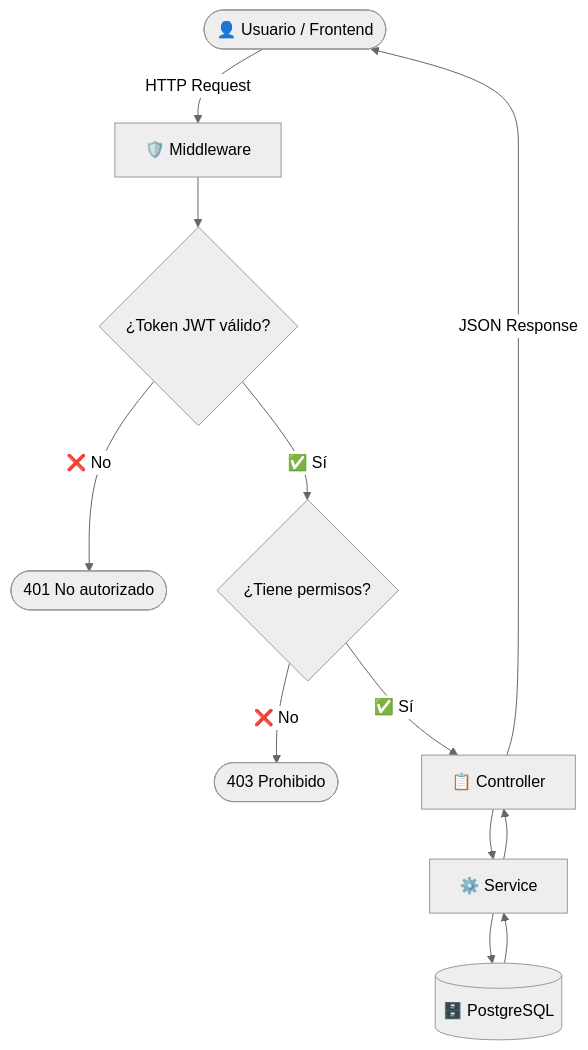
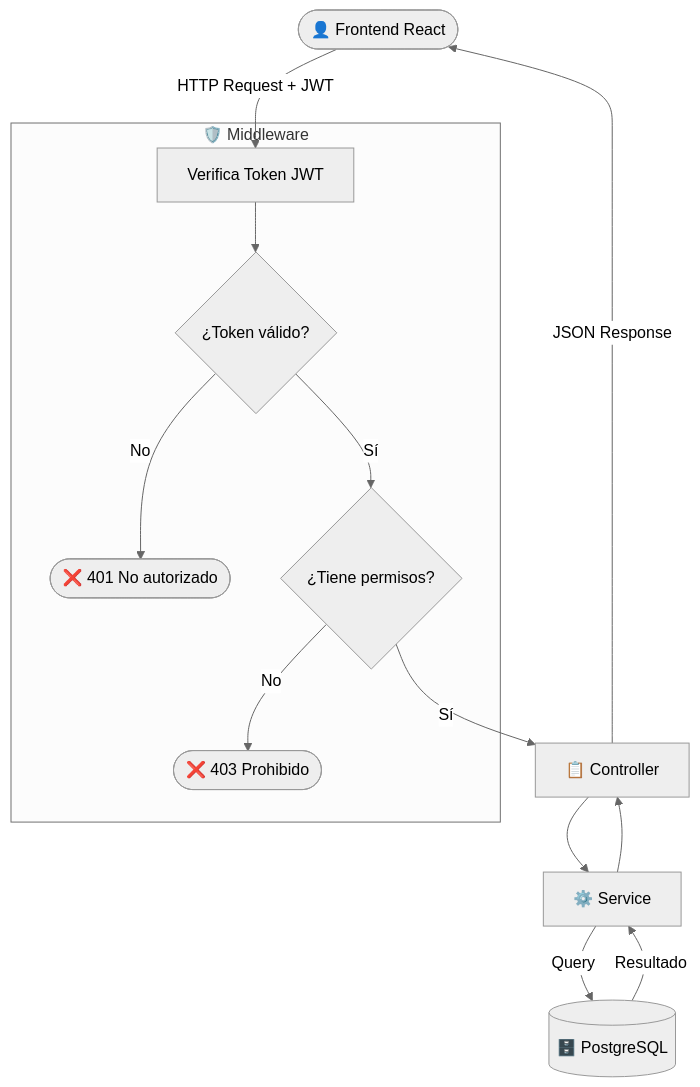
Before and after one commit to Vicentezapata/proviemplea-greudy: the first of 7 diagrams in backend/README.md, drawn with Mermaid (neutral theme). The commit also changed other lines of this file, not shown here.

````diff
--- a/backend/README.md
+++ b/backend/README.md
@@ -208,14 +396,17 @@
 ```mermaid
 flowchart TD
-    A([👤 Usuario / Frontend]) -->|HTTP Request| B[🛡️ Middleware]
-    B --> C{¿Token JWT válido?}
-    C -->|❌ No| D([401 No autorizado])
-    C -->|✅ Sí| E{¿Tiene permisos?}
-    E -->|❌ No| F([403 Prohibido])
-    E -->|✅ Sí| G[📋 Controller]
+    A([👤 Frontend React]) -->|HTTP Request + JWT| B
+    subgraph MW [🛡️ Middleware]
+        B[Verifica Token JWT]
+        B --> C{¿Token válido?}
+        C -->|No| D([❌ 401 No autorizado])
+        C -->|Sí| E{¿Tiene permisos?}
+        E -->|No| F([❌ 403 Prohibido])
+    end
+    E -->|Sí| G[📋 Controller]
     G --> H[⚙️ Service]
-    H --> I[(🗄️ PostgreSQL)]
-    I --> H
+    H -->|Query| I[(🗄️ PostgreSQL)]
+    I -->|Resultado| H
     H --> G
     G -->|JSON Response| A
 ```
````
